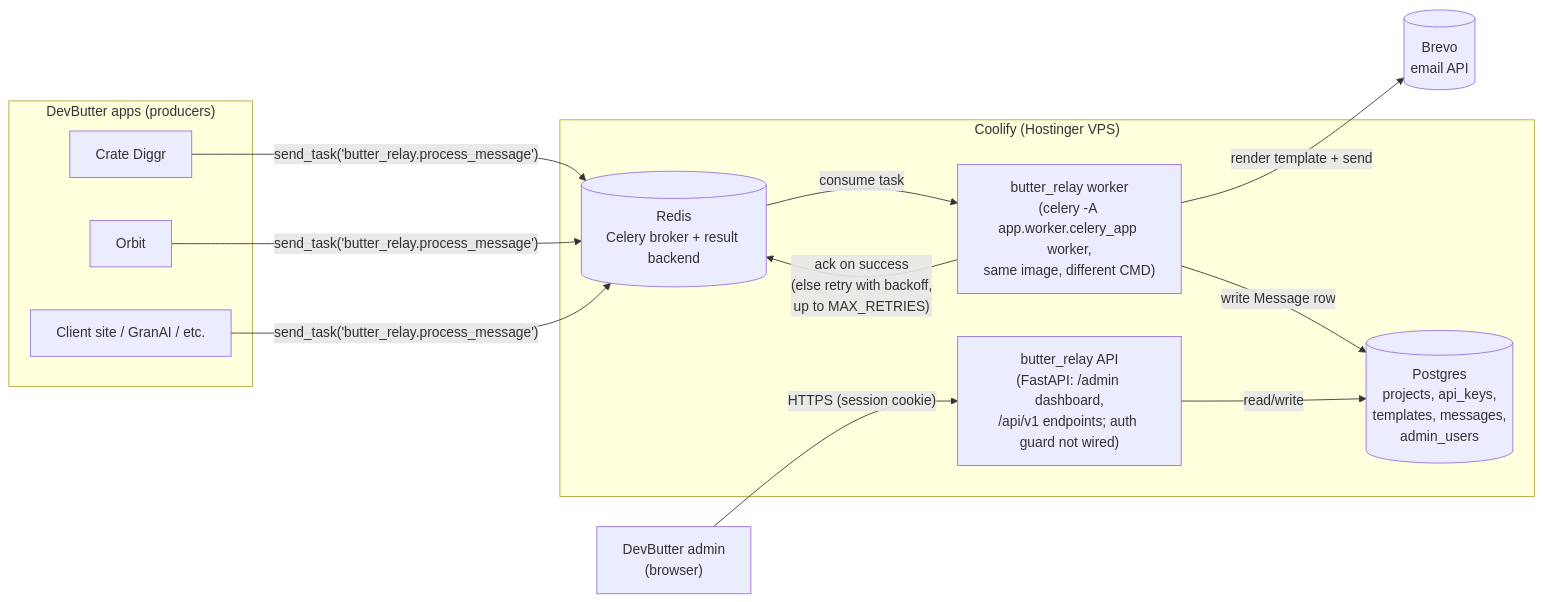
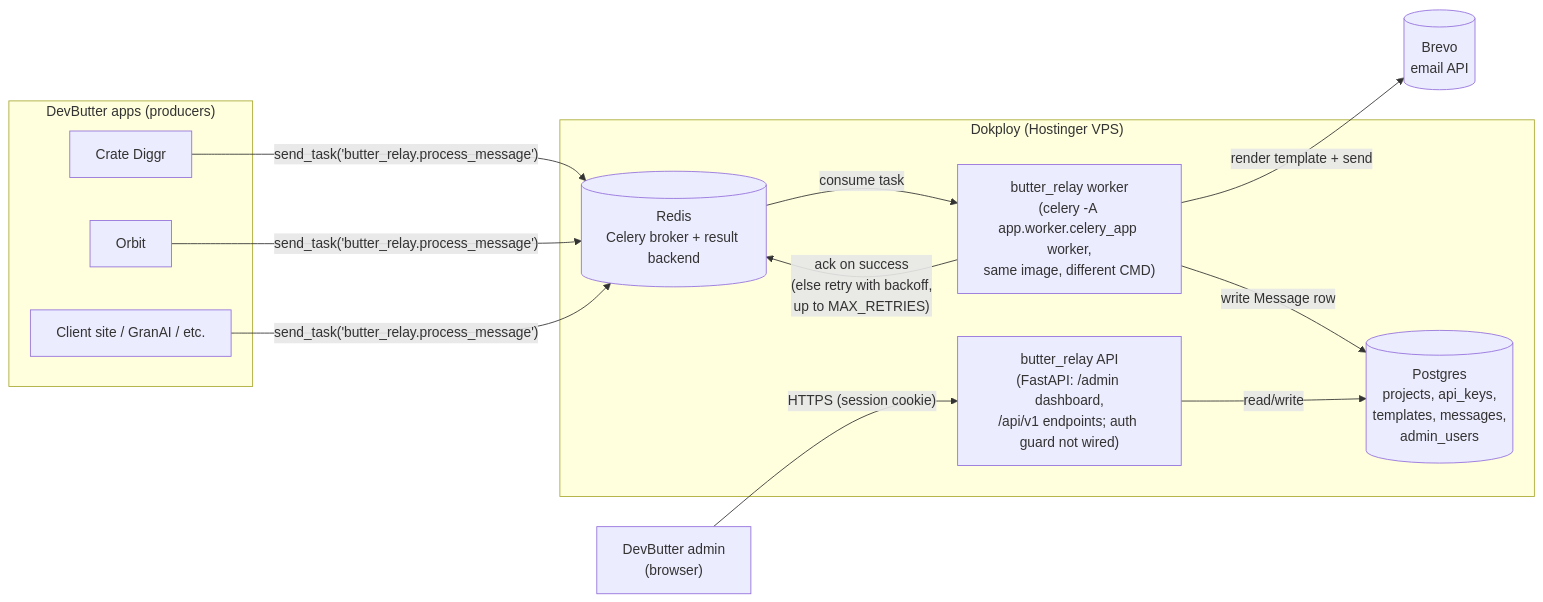
One commit to acidevbutter/butter_relay changed the first of 3 diagrams in README.md. Above: the diagram before and after it, drawn with Mermaid. The commit also changed other lines of this file and 11 other files, not shown here.

First line of the commit message:
chore: migrate deploy images from Coolify to Dokploy

````diff
--- a/README.md
+++ b/README.md
@@ -19,28 +19,28 @@
 ```mermaid
 flowchart LR
     subgraph Producers["DevButter apps (producers)"]
         A1[Crate Diggr]
         A2[Orbit]
         A3[Client site / GranAI / etc.]
     end
 
-    subgraph Coolify["Coolify (Hostinger VPS)"]
+    subgraph Dokploy["Dokploy (Hostinger VPS)"]
         Redis[("Redis\nCelery broker + result backend")]
         API["butter_relay API\n(FastAPI: /admin dashboard,\n/api/v1 endpoints; auth guard not wired)"]
         Worker["butter_relay worker\n(celery -A app.worker.celery_app worker,\nsame image, different CMD)"]
         PG[("Postgres\nprojects, api_keys,\ntemplates, messages,\nadmin_users")]
     end
 
     Brevo[("Brevo\nemail API")]
     Admin["DevButter admin\n(browser)"]
 
     A1 -- "send_task('butter_relay.process_message')" --> Redis
     A2 -- "send_task('butter_relay.process_message')" --> Redis
     A3 -- "send_task('butter_relay.process_message')" --> Redis
     Redis -- "consume task" --> Worker
     Worker -- "render template + send" --> Brevo
     Worker -- "write Message row" --> PG
     Worker -- "ack on success\n(else retry with backoff,\nup to MAX_RETRIES)" --> Redis
     Admin -- "HTTPS (session cookie)" --> API
     API -- "read/write" --> PG
 ```
````
